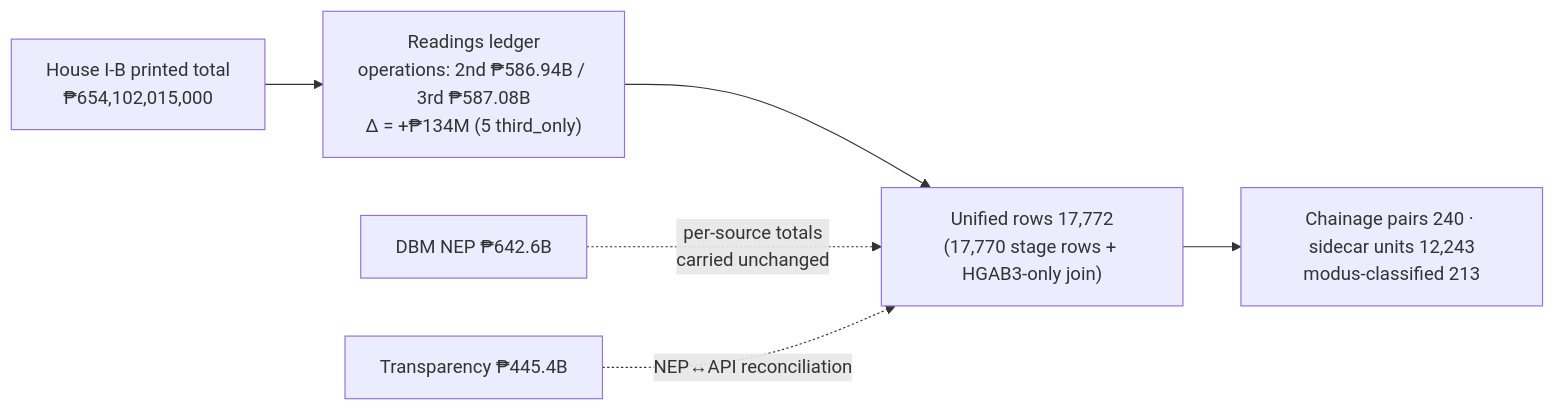
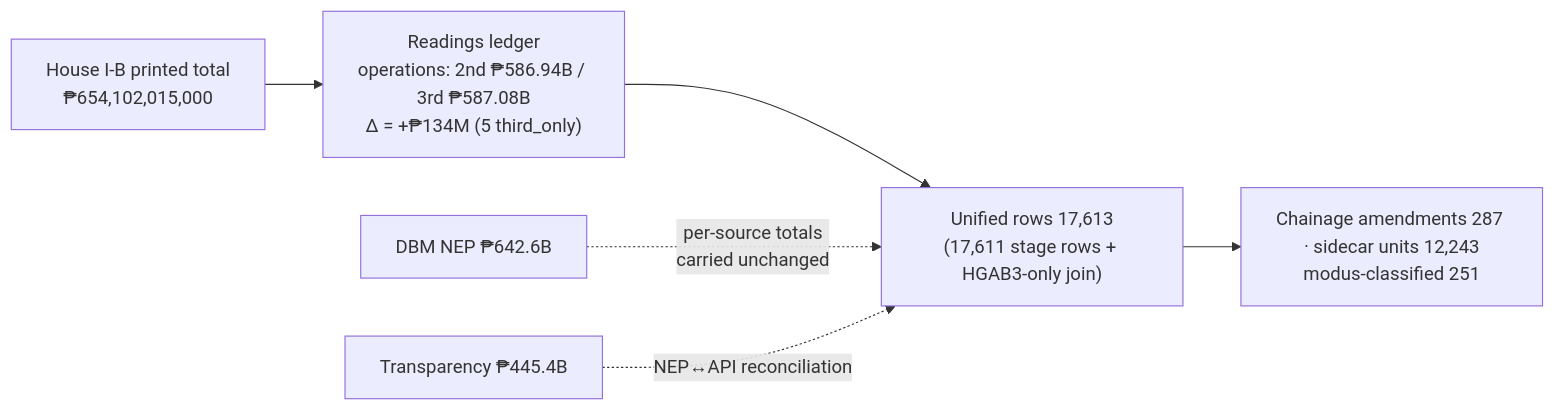
The sixth of 6 diagrams in analysis/docs/data_pipeline.md (csiiiv/DPWH-NEP-HB-2027-ANALYSIS), drawn with Mermaid before and after one commit. The commit also changed other lines of this file and 24 other files, not shown here.

````diff
--- a/analysis/docs/data_pipeline.md
+++ b/analysis/docs/data_pipeline.md
@@ -306,8 +309,8 @@
 ```mermaid
 flowchart LR
     T1["House I-B printed total<br/>₱654,102,015,000"] --> T2["Readings ledger<br/>operations: 2nd ₱586.94B / 3rd ₱587.08B<br/>Δ = +₱134M (5 third_only)"]
-    T2 --> T3["Unified rows 17,772<br/>(17,770 stage rows + HGAB3-only join)"]
-    T3 --> T4["Chainage pairs 240 · sidecar units 12,243<br/>modus-classified 213"]
+    T2 --> T3["Unified rows 17,613<br/>(17,611 stage rows + HGAB3-only join)"]
+    T3 --> T4["Chainage amendments 287 · sidecar units 12,243<br/>modus-classified 251"]
     N1["DBM NEP ₱642.6B"] -.->|"per-source totals<br/>carried unchanged"| T3
     A1["Transparency ₱445.4B"] -.->|"NEP↔API reconciliation"| T3
 ```
````
